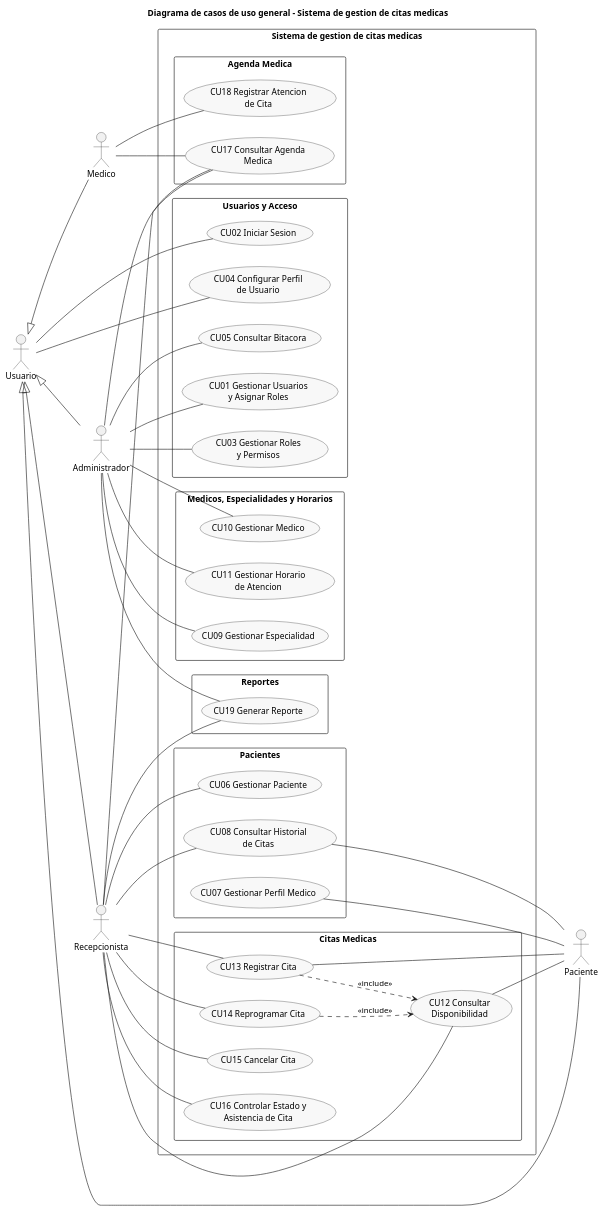
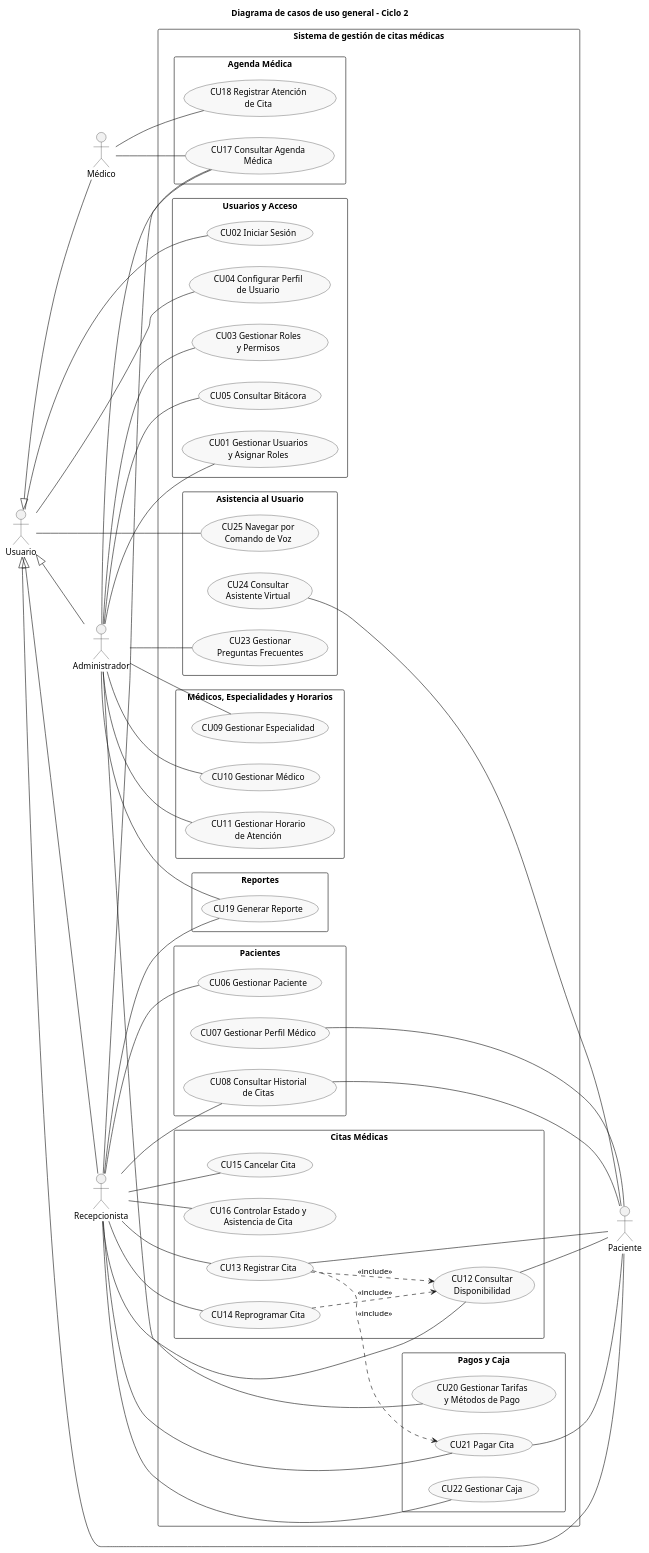
One commit to jherargm412-dev/clinica-vida-salud changed the diagram in docs/arquitectura/casos_de_uso_general.puml. Above: the diagram before and after it, drawn with PlantUML. The commit also changed 22 other files, not shown here.

First line of the commit message:
feat(pacientes): lista de pacientes en el historial de citas, menú Gestionar pacientes y docs

```diff
--- a/docs/arquitectura/casos_de_uso_general.puml
+++ b/docs/arquitectura/casos_de_uso_general.puml
@@ -1,86 +1,105 @@
 @startuml
 left to right direction
 skinparam packageStyle rectangle
+skinparam shadowing false
 skinparam usecase {
   BackgroundColor #F8F8F8
 }
-title Diagrama de casos de uso general - Sistema de gestion de citas medicas
+title Diagrama de casos de uso general - Ciclo 2
 
 actor Usuario
 actor Administrador
 actor Recepcionista
-actor Medico
+actor "Médico" as Medico
 actor Paciente
 
 Administrador -up-|> Usuario
 Recepcionista -up-|> Usuario
 Medico -up-|> Usuario
 Paciente -up-|> Usuario
 
-rectangle "Sistema de gestion de citas medicas" {
+rectangle "Sistema de gestión de citas médicas" {
   package "Usuarios y Acceso" {
     usecase "CU01 Gestionar Usuarios\ny Asignar Roles" as CU01
-    usecase "CU02 Iniciar Sesion" as CU02
+    usecase "CU02 Iniciar Sesión" as CU02
     usecase "CU03 Gestionar Roles\ny Permisos" as CU03
     usecase "CU04 Configurar Perfil\nde Usuario" as CU04
-    usecase "CU05 Consultar Bitacora" as CU05
+    usecase "CU05 Consultar Bitácora" as CU05
   }
-  package "Medicos, Especialidades y Horarios" {
+  package "Médicos, Especialidades y Horarios" {
     usecase "CU09 Gestionar Especialidad" as CU09
-    usecase "CU10 Gestionar Medico" as CU10
-    usecase "CU11 Gestionar Horario\nde Atencion" as CU11
+    usecase "CU10 Gestionar Médico" as CU10
+    usecase "CU11 Gestionar Horario\nde Atención" as CU11
   }
   package "Reportes" {
     usecase "CU19 Generar Reporte" as CU19
   }
-  package "Agenda Medica" {
-    usecase "CU17 Consultar Agenda\nMedica" as CU17
-    usecase "CU18 Registrar Atencion\nde Cita" as CU18
+  package "Agenda Médica" {
+    usecase "CU17 Consultar Agenda\nMédica" as CU17
+    usecase "CU18 Registrar Atención\nde Cita" as CU18
   }
   package "Pacientes" {
     usecase "CU06 Gestionar Paciente" as CU06
-    usecase "CU07 Gestionar Perfil Medico" as CU07
+    usecase "CU07 Gestionar Perfil Médico" as CU07
     usecase "CU08 Consultar Historial\nde Citas" as CU08
   }
-  package "Citas Medicas" {
+  package "Citas Médicas" {
     usecase "CU12 Consultar\nDisponibilidad" as CU12
     usecase "CU13 Registrar Cita" as CU13
     usecase "CU14 Reprogramar Cita" as CU14
     usecase "CU15 Cancelar Cita" as CU15
     usecase "CU16 Controlar Estado y\nAsistencia de Cita" as CU16
   }
+  package "Pagos y Caja" {
+    usecase "CU20 Gestionar Tarifas\ny Métodos de Pago" as CU20
+    usecase "CU21 Pagar Cita" as CU21
+    usecase "CU22 Gestionar Caja" as CU22
+  }
+  package "Asistencia al Usuario" {
+    usecase "CU23 Gestionar\nPreguntas Frecuentes" as CU23
+    usecase "CU24 Consultar\nAsistente Virtual" as CU24
+    usecase "CU25 Navegar por\nComando de Voz" as CU25
+  }
 }
 
 Usuario -- CU02
 Usuario -- CU04
+Usuario -- CU25
 
 Administrador -- CU01
 Administrador -- CU03
 Administrador -- CU05
 Administrador -- CU09
 Administrador -- CU10
 Administrador -- CU11
 Administrador -- CU17
 Administrador -- CU19
+Administrador -- CU20
+Administrador -- CU23
 
 Recepcionista -- CU06
 Recepcionista -- CU08
 Recepcionista -- CU12
 Recepcionista -- CU13
 Recepcionista -- CU14
 Recepcionista -- CU15
 Recepcionista -- CU16
 Recepcionista -- CU17
 Recepcionista -- CU19
+Recepcionista -- CU21
+Recepcionista -- CU22
 
 Medico -- CU17
 Medico -- CU18
 
 CU07 -- Paciente
 CU08 -- Paciente
 CU12 -- Paciente
 CU13 -- Paciente
+CU21 -- Paciente
+CU24 -- Paciente
 
 CU13 ..> CU12 : <<include>>
 CU14 ..> CU12 : <<include>>
+CU13 ..> CU21 : <<include>>
 @enduml
```
